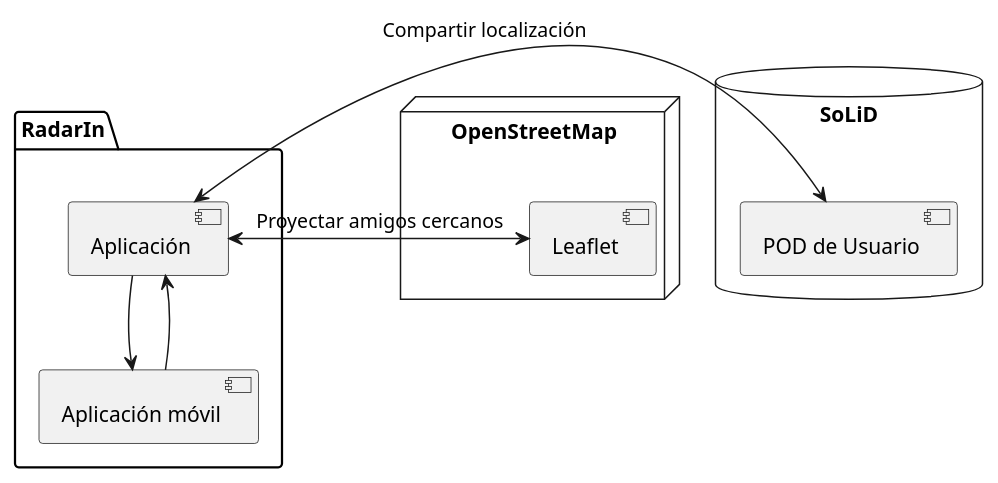
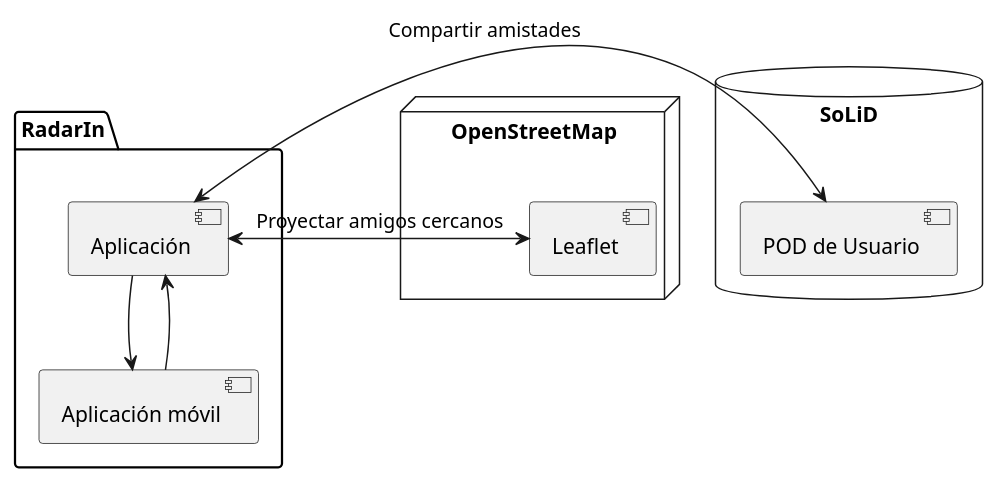
Before and after one commit to UO264862/radarin_es2b: the second of 5 diagrams in webapp/docs/03_system_scope_and_context.adoc, drawn with PlantUML. The commit also changed other lines of this file, not shown here.

```diff
--- a/webapp/docs/03_system_scope_and_context.adoc
+++ b/webapp/docs/03_system_scope_and_context.adoc
@@ -41,19 +41,19 @@
 [plantuml, system_scope_and_context2, svg]
 ----
 package "RadarIn" {
    [Aplicación] --> [Aplicación móvil]
    [Aplicación móvil] --> [Aplicación]
 }
 
 node "OpenStreetMap" {
    [Leaflet]
 }
 
 [Aplicación] <-> [Leaflet] : "Proyectar amigos cercanos"
 
 database "SoLiD" {
    [POD de Usuario]
 }
 
-[Aplicación] <-> [POD de Usuario] : "Compartir localización"
+[Aplicación] <-> [POD de Usuario] : "Compartir amistades"
 ----
```
